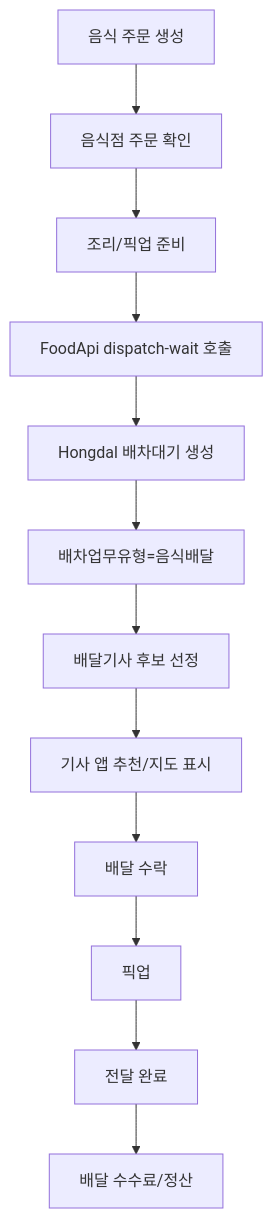
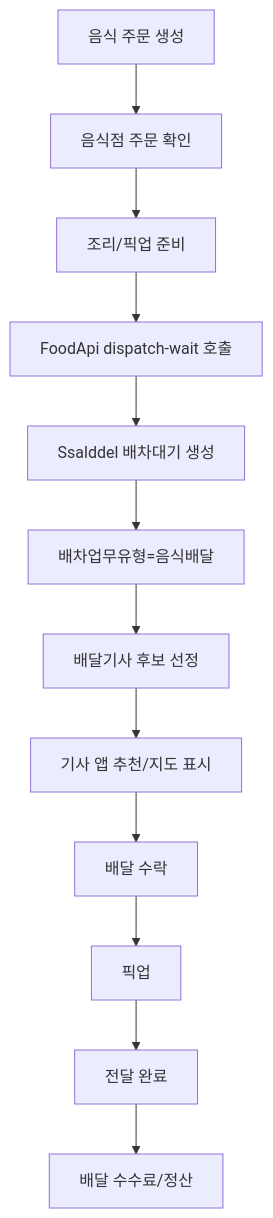
One commit to cheolwo/hongdal changed the seventh of 9 diagrams in docs/Architecture/BusinessWorkflowRhythm.md. Above: the diagram before and after it, drawn with Mermaid. The commit also changed other lines of this file and 6611 other files, not shown here.

Commit message:
refactor: rename Hongdal to Ssalddel

````diff
--- a/docs/Architecture/BusinessWorkflowRhythm.md
+++ b/docs/Architecture/BusinessWorkflowRhythm.md
@@ -255,14 +255,14 @@
 ```mermaid
 flowchart TD
     A["음식 주문 생성"] --> B["음식점 주문 확인"]
     B --> C["조리/픽업 준비"]
     C --> D["FoodApi dispatch-wait 호출"]
-    D --> E["Hongdal 배차대기 생성"]
+    D --> E["Ssalddel 배차대기 생성"]
     E --> F["배차업무유형=음식배달"]
     F --> G["배달기사 후보 선정"]
     G --> H["기사 앱 추천/지도 표시"]
     H --> I["배달 수락"]
     I --> J["픽업"]
     J --> K["전달 완료"]
     K --> L["배달 수수료/정산"]
 ```
````
